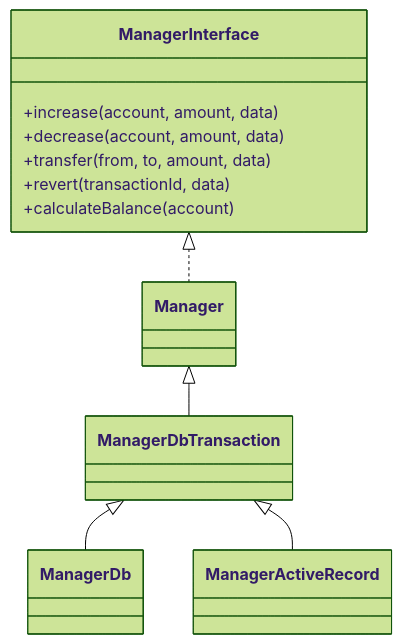
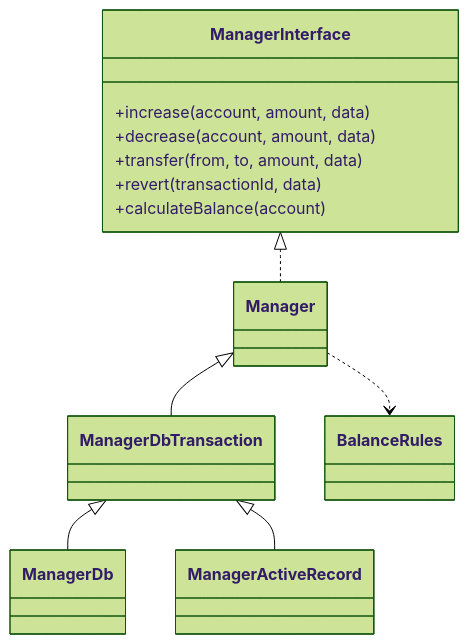
One commit to nazbav/yii2-account-balance changed the first of 2 diagrams in README.md. Above: the diagram before and after it, drawn with Mermaid (forest theme). The commit also changed other lines of this file and 19 other files, not shown here.

````diff
--- a/README.md
+++ b/README.md
@@ -100,20 +114,22 @@
 ```mermaid
 classDiagram
     class ManagerInterface {
       +increase(account, amount, data)
       +decrease(account, amount, data)
       +transfer(from, to, amount, data)
       +revert(transactionId, data)
       +calculateBalance(account)
     }
 
     class Manager
     class ManagerDbTransaction
     class ManagerDb
     class ManagerActiveRecord
+    class BalanceRules
 
     ManagerInterface <|.. Manager
     Manager <|-- ManagerDbTransaction
     ManagerDbTransaction <|-- ManagerDb
     ManagerDbTransaction <|-- ManagerActiveRecord
+    Manager ..> BalanceRules
 ```
````
